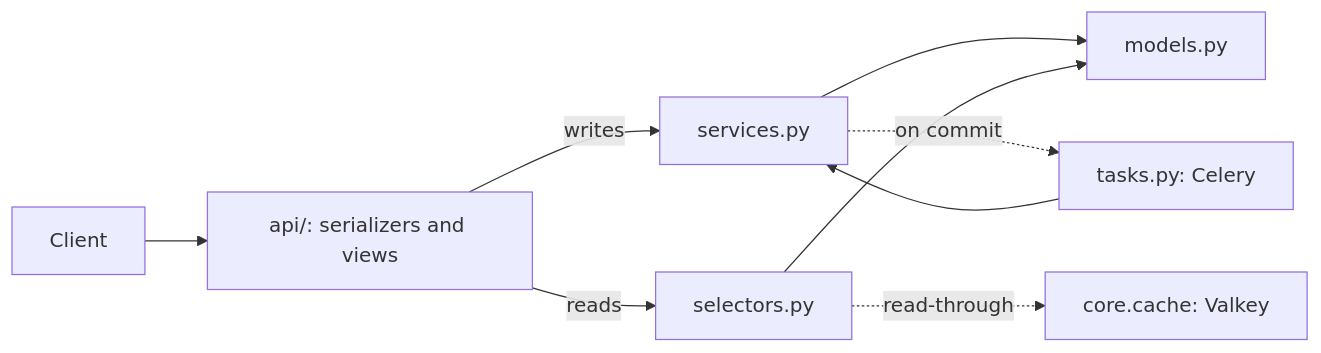
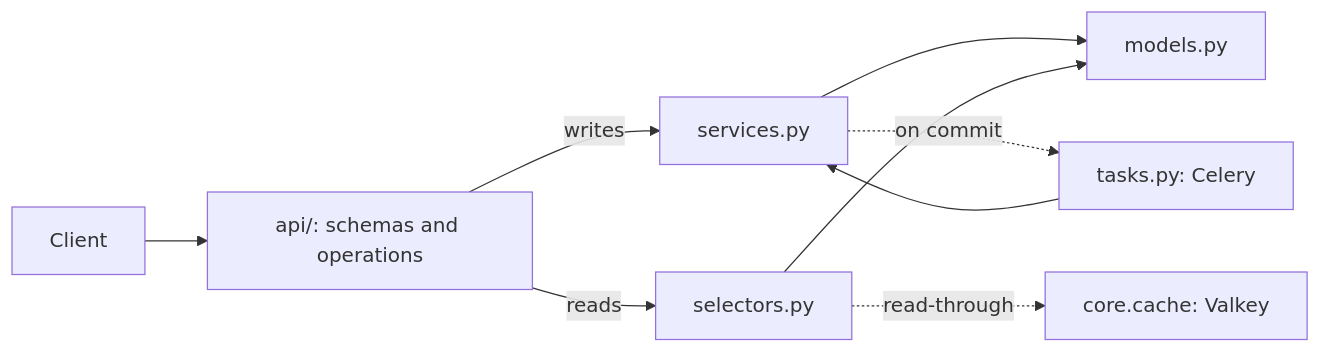
One commit to don-linux/Agentic-Django changed the first of 5 diagrams in docs/ARCHITECTURE.md. Above: the diagram before and after it, drawn with Mermaid. The commit also changed other lines of this file and 6 other files, not shown here.

````diff
--- a/docs/ARCHITECTURE.md
+++ b/docs/ARCHITECTURE.md
@@ -9,11 +9,11 @@
 ```mermaid
 flowchart LR
-  Client --> Api["api/: serializers and views"]
+  Client --> Api["api/: schemas and operations"]
   Api -->|writes| Services["services.py"]
   Api -->|reads| Selectors["selectors.py"]
   Services --> Models["models.py"]
   Selectors --> Models
   Selectors -.->|read-through| Cache["core.cache: Valkey"]
   Services -.->|on commit| Tasks["tasks.py: Celery"]
   Tasks --> Services
 ```
````
